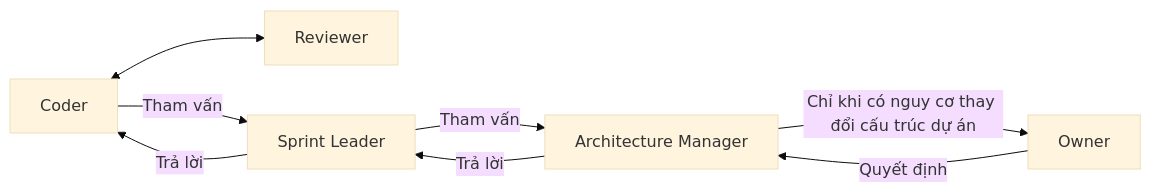
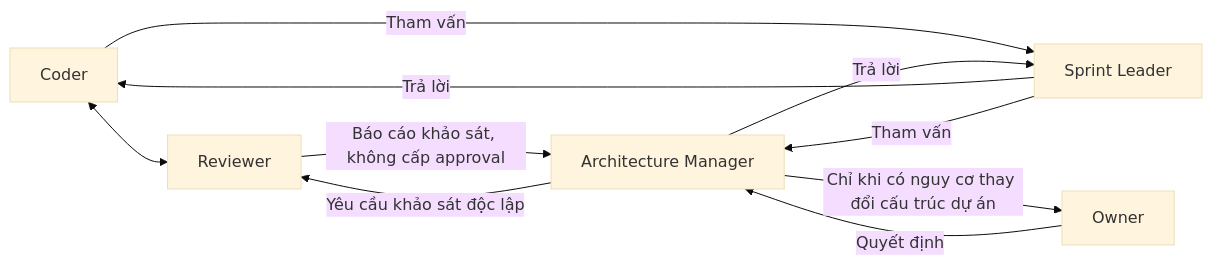
The diagram in workflows/thong-tin-agent.md (tienlavan77/nodeforge), drawn with Mermaid (base theme) before and after one commit. The commit also changed other lines of this file and 136 other files, not shown here.

````diff
--- a/workflows/thong-tin-agent.md
+++ b/workflows/thong-tin-agent.md
@@ -31,10 +34,12 @@
 ```mermaid
 flowchart LR
     C[Coder] <--> R[Reviewer]
     C -->|Tham vấn| S[Sprint Leader]
     S -->|Trả lời| C
     S -->|Tham vấn| A[Architecture Manager]
     A -->|Trả lời| S
+    A -->|Yêu cầu khảo sát độc lập| R
+    R -->|Báo cáo khảo sát, không cấp approval| A
     A -->|Chỉ khi có nguy cơ thay đổi cấu trúc dự án| O[Owner]
     O -->|Quyết định| A
 ```
````
